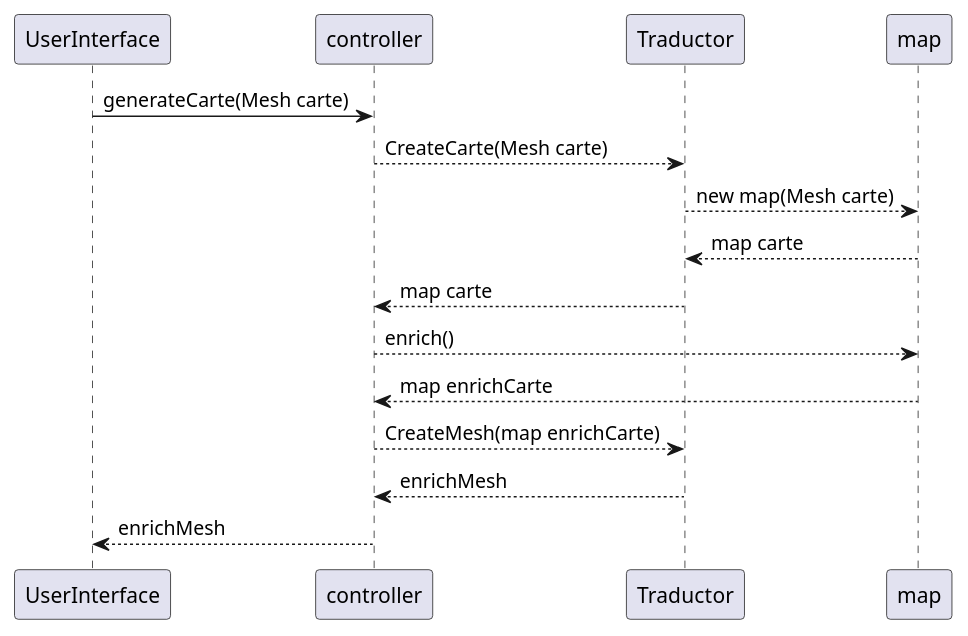
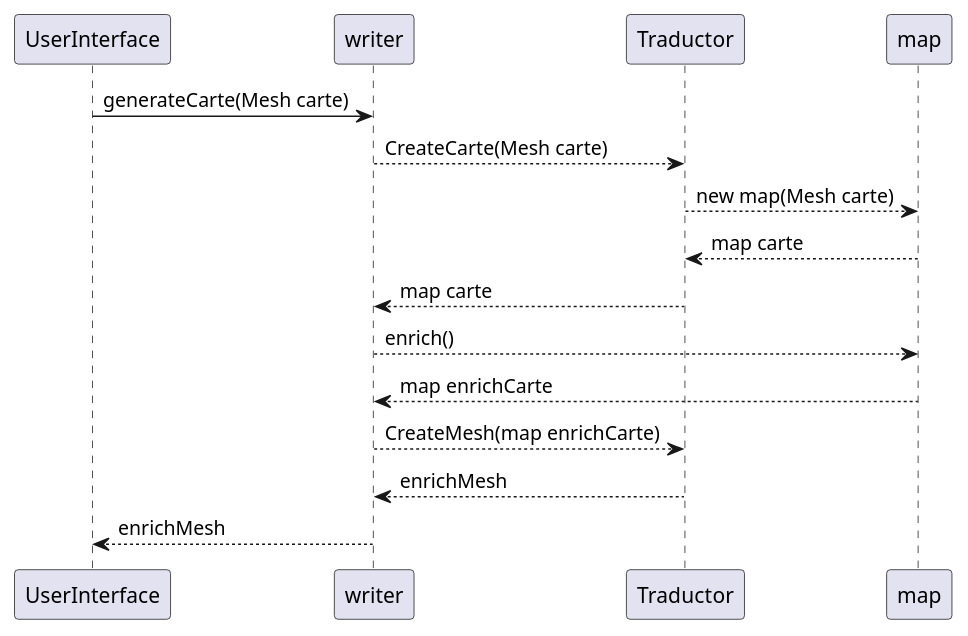
One commit to cryptoswarm/terrain-generator changed the diagram in diagram_de_sequence.puml. Above: the diagram before and after it, drawn with PlantUML. The commit also changed 16 other files, not shown here.

```diff
--- a/diagram_de_sequence.puml
+++ b/diagram_de_sequence.puml
@@ -1,14 +1,14 @@
 @startuml
-UserInterface -> controller : generateCarte(Mesh carte)
-controller --> Traductor : CreateCarte(Mesh carte)
+UserInterface -> writer : generateCarte(Mesh carte)
+writer --> Traductor : CreateCarte(Mesh carte)
 Traductor --> map : new map(Mesh carte)
 Traductor <-- map : map carte
-controller <-- Traductor : map carte
-controller --> map : enrich()
-controller <-- map : map enrichCarte
-controller --> Traductor : CreateMesh(map enrichCarte)
-controller <-- Traductor : enrichMesh
-UserInterface <-- controller : enrichMesh
+writer <-- Traductor : map carte
+writer --> map : enrich()
+writer <-- map : map enrichCarte
+writer --> Traductor : CreateMesh(map enrichCarte)
+writer <-- Traductor : enrichMesh
+UserInterface <-- writer : enrichMesh
 
 
 @enduml
```
